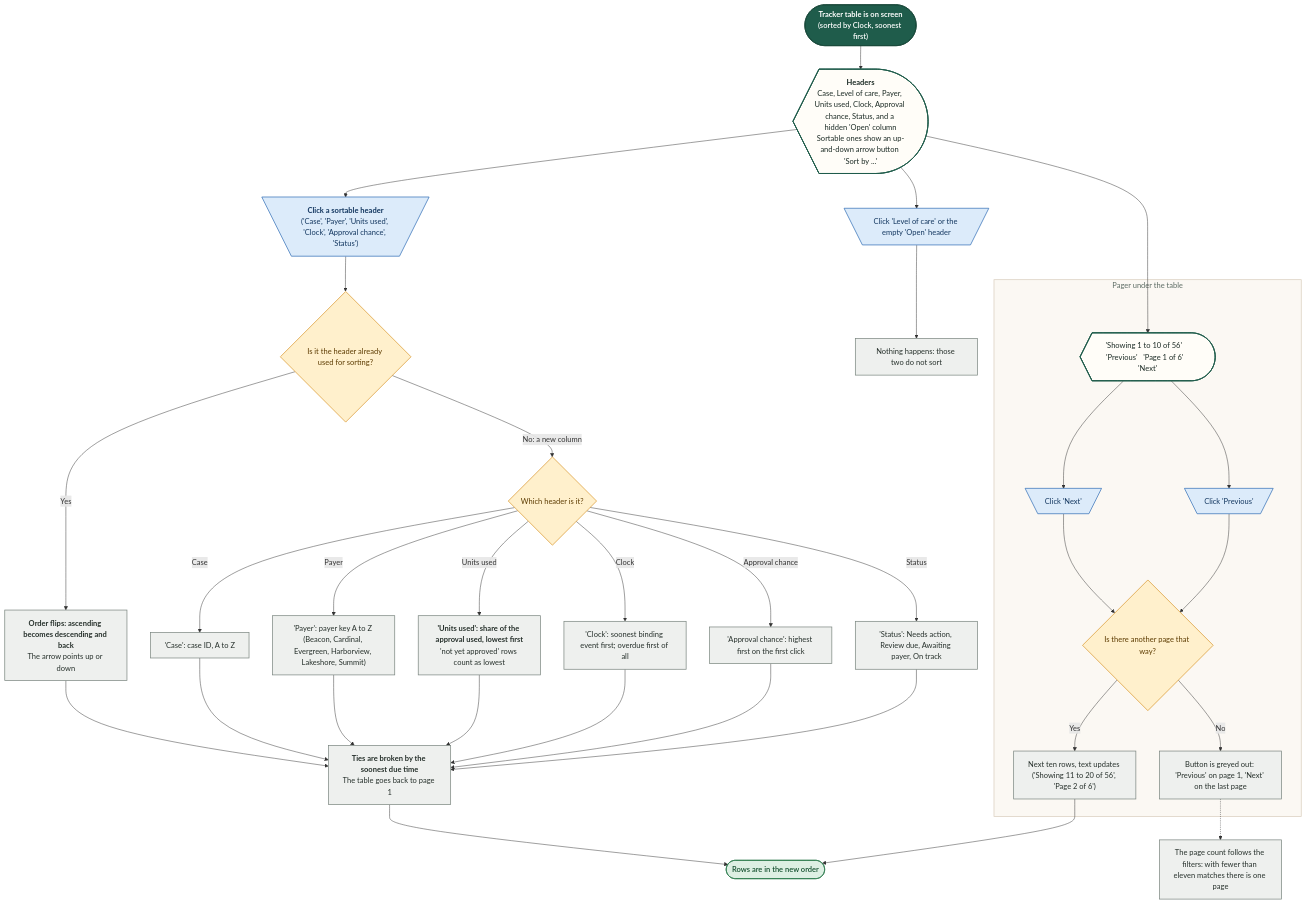
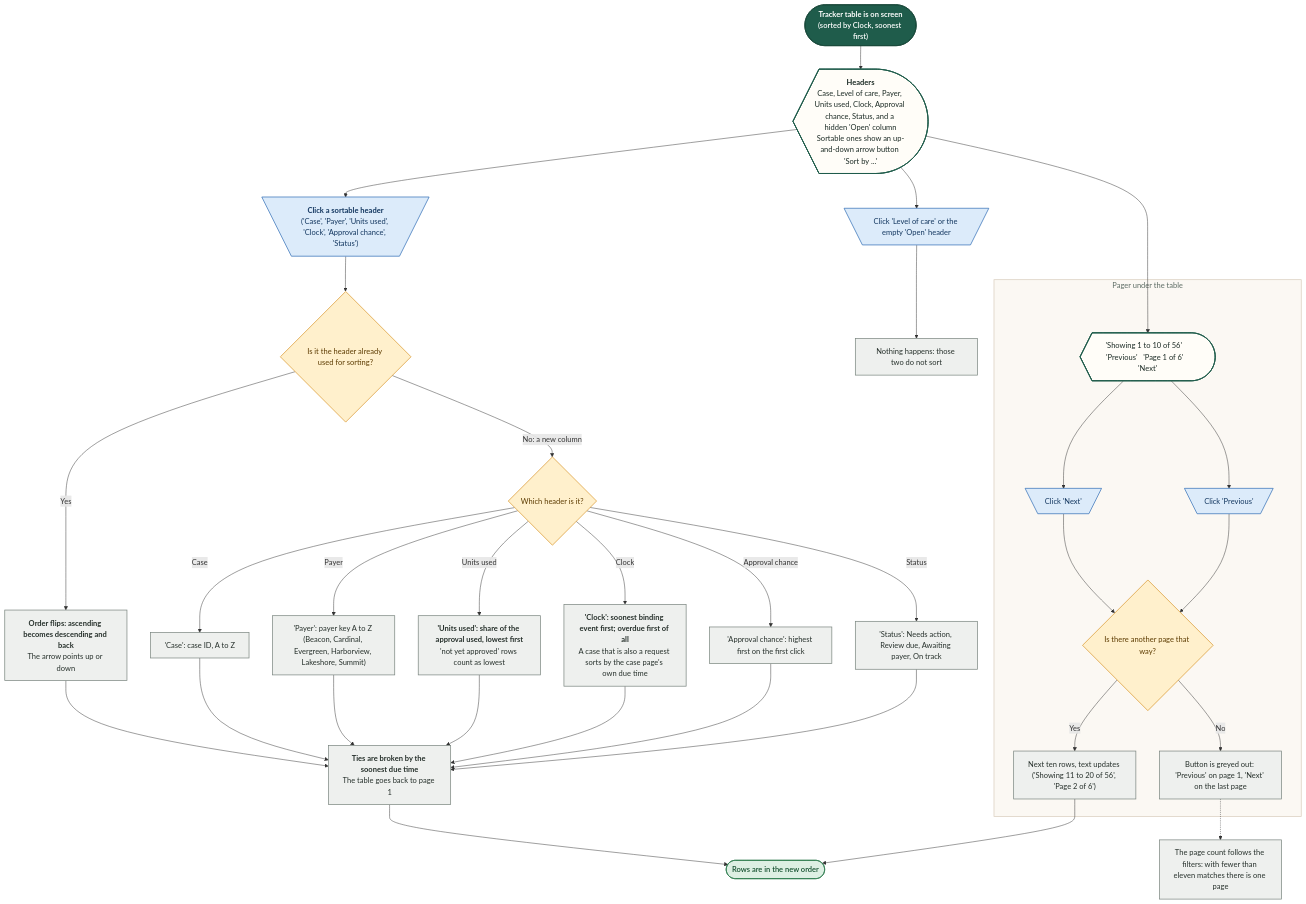
Before and after one commit to Shrav143/psyfloapp: the ninth of 21 diagrams in demos/prior-auth-demo/workflows/out/md/07-case-manager.md, drawn with Mermaid. The commit also changed other lines of this file and 195 other files, not shown here.

First line of the commit message:
docs: Rebuild workflow diagrams after the demo fixes (220 diagrams)

````diff
--- a/demos/prior-auth-demo/workflows/out/md/07-case-manager.md
+++ b/demos/prior-auth-demo/workflows/out/md/07-case-manager.md
@@ -457,70 +587,70 @@
 ```mermaid
 %%{init: {"theme":"base","themeVariables":{"fontFamily":"'DM Sans', 'Segoe UI', system-ui, sans-serif","fontSize":"15px","lineColor":"#5B6B63","primaryTextColor":"#1C2B25","clusterBkg":"#FBF8F3","clusterBorder":"#D9CDBB","edgeLabelBackground":"#FFFFFF"},"flowchart":{"curve":"basis","nodeSpacing":36,"rankSpacing":48,"padding":12,"htmlLabels":true,"useMaxWidth":false,"wrappingWidth":230}} }%%
 flowchart TD
   classDef k_start fill:#1F5C4B,stroke:#174638,color:#FFFFFF,stroke-width:1.5px,font-weight:600
   classDef k_end fill:#DDEFE3,stroke:#2E7D4F,color:#14502F,stroke-width:1.5px,font-weight:600
   classDef k_endx fill:#FBE3E0,stroke:#C0392B,color:#7A1F16,stroke-width:1.5px,font-weight:600
   classDef k_screen fill:#FFFDF8,stroke:#1F5C4B,color:#1C2B25,stroke-width:2px
   classDef k_overlay fill:#F1F7F3,stroke:#1F5C4B,color:#1C2B25,stroke-width:2px,stroke-dasharray:5 3
   classDef k_click fill:#DCEBFA,stroke:#2F6DB5,color:#12365F,stroke-width:1.5px
   classDef k_input fill:#E4E7FF,stroke:#4C5FD5,color:#1D2670,stroke-width:1.5px
   classDef k_process fill:#EEF0EE,stroke:#7A857F,color:#26302B,stroke-width:1.5px
   classDef k_agent fill:#EEE5FA,stroke:#7A4FC2,color:#341A63,stroke-width:1.5px
   classDef k_decision fill:#FFF0CC,stroke:#D9962B,color:#5C3B00,stroke-width:1.5px
   classDef k_store fill:#D5F0EA,stroke:#1C8E7B,color:#0B4A3F,stroke-width:1.5px
   classDef k_doc fill:#F6E9DC,stroke:#B07A4C,color:#4A2E14,stroke-width:1.5px
   classDef k_ext fill:#FFE6D2,stroke:#E07B39,color:#6B2F06,stroke-width:1.5px
   classDef k_wait fill:#E4E8EE,stroke:#6B7C93,color:#26303D,stroke-width:1.5px
   classDef k_toast fill:#FFF9DB,stroke:#C9A400,color:#5A4A00,stroke-width:1.5px
   classDef k_goto fill:#FFFFFF,stroke:#1F5C4B,color:#1F5C4B,stroke-width:1.5px,stroke-dasharray:5 3
   s1@{ shape: stadium, label: "<b>Tracker table is on screen</b><br/>(sorted by Clock, soonest first)" }
   h1@{ shape: curv-trap, label: "<b>Headers</b><br/>Case, Level of care, Payer, Units used, Clock, Approval chance, Status, and a hidden 'Open' column<br/>Sortable ones show an up-and-down arrow button 'Sort by ...'" }
   c0@{ shape: trap-t, label: "Click 'Level of care' or the empty 'Open' header" }
   p0@{ shape: rect, label: "Nothing happens: those two do not sort" }
   c1@{ shape: trap-t, label: "<b>Click a sortable header</b><br/>('Case', 'Payer', 'Units used', 'Clock', 'Approval chance', 'Status')" }
   d1@{ shape: diam, label: "Is it the header already used for sorting?" }
   p1@{ shape: rect, label: "<b>Order flips: ascending becomes descending and back</b><br/>The arrow points up or down" }
   d2@{ shape: diam, label: "Which header is it?" }
   s1a@{ shape: rect, label: "'Case': case ID, A to Z" }
   s2a@{ shape: rect, label: "'Payer': payer key A to Z (Beacon, Cardinal, Evergreen, Harborview, Lakeshore, Summit)" }
   s3a@{ shape: rect, label: "<b>'Units used': share of the approval used, lowest first</b><br/>'not yet approved' rows count as lowest" }
-  s4a@{ shape: rect, label: "'Clock': soonest binding event first; overdue first of all" }
+  s4a@{ shape: rect, label: "<b>'Clock': soonest binding event first; overdue first of all</b><br/>A case that is also a request sorts by the case page's own due time" }
   s5a@{ shape: rect, label: "'Approval chance': highest first on the first click" }
   s6a@{ shape: rect, label: "'Status': Needs action, Review due, Awaiting payer, On track" }
   p2@{ shape: rect, label: "<b>Ties are broken by the soonest due time</b><br/>The table goes back to page 1" }
   subgraph gPage ["Pager under the table"]
   pg@{ shape: curv-trap, label: "'Showing 1 to 10 of 56'    'Previous'   'Page 1 of 6'   'Next'" }
   n1@{ shape: trap-t, label: "Click 'Next'" }
   n2@{ shape: trap-t, label: "Click 'Previous'" }
   d3@{ shape: diam, label: "Is there another page that way?" }
   g1@{ shape: rect, label: "Next ten rows, text updates ('Showing 11 to 20 of 56', 'Page 2 of 6')" }
   g2@{ shape: rect, label: "Button is greyed out: 'Previous' on page 1, 'Next' on the last page" }
   end
   p3@{ shape: rect, label: "The page count follows the filters: with fewer than eleven matches there is one page" }
   e1@{ shape: stadium, label: "Rows are in the new order" }
   s1 --> h1
   h1 --> c0 --> p0
   h1 --> c1 --> d1
   d1 -->|"Yes"| p1 --> p2
   d1 -->|"No: a new column"| d2
   d2 -->|"Case"| s1a --> p2
   d2 -->|"Payer"| s2a --> p2
   d2 -->|"Units used"| s3a --> p2
   d2 -->|"Clock"| s4a --> p2
   d2 -->|"Approval chance"| s5a --> p2
   d2 -->|"Status"| s6a --> p2
   p2 --> e1
   h1 --> pg
   pg --> n1 --> d3
   pg --> n2 --> d3
   d3 -->|"Yes"| g1 --> e1
   d3 -->|"No"| g2
   g2 -.-> p3
   class s1 k_start
   class h1,pg k_screen
   class c0,c1,n1,n2 k_click
   class p0,p1,s1a,s2a,s3a,s4a,s5a,s6a,p2,g1,g2,p3 k_process
   class d1,d2,d3 k_decision
   class e1 k_end
   style gPage fill:#FBF8F3,stroke:#D9CDBB,stroke-width:1.5px,color:#5B6B63
 ```
````
